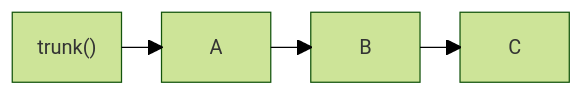
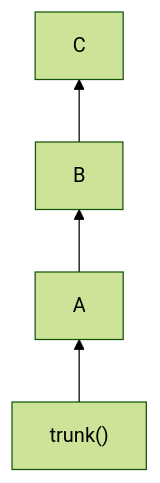
The first of 2 diagrams in docs/reference/bookmarks-and-selection.md (bos/jj-review), drawn with Mermaid (forest theme) before and after one commit. The commit also changed other lines of this file and 7 other files, not shown here.

````diff
--- a/docs/reference/bookmarks-and-selection.md
+++ b/docs/reference/bookmarks-and-selection.md
@@ -16,13 +16,4 @@
 ```mermaid
----
-config:
-  block:
-    padding: 32
----
-block-beta
-  columns 4
-  T["&nbsp;trunk()&nbsp;"] A["A"] B["B"] C["C"]
-  T --> A
-  A --> B
-  B --> C
+flowchart BT
+  T["trunk()"] --> A["A"] --> B["B"] --> C["C"]
 ```
````
